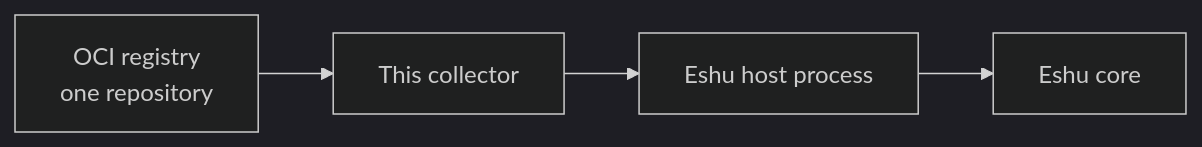
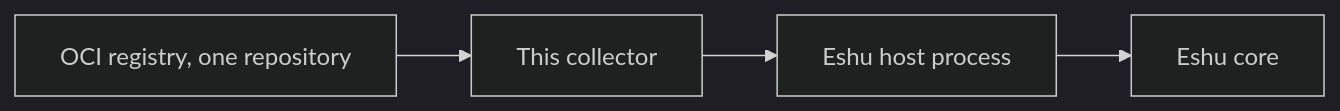
Before and after one commit to eshu-hq/eshu-collector-oci-registry: the diagram in README.md, drawn with Mermaid (dark theme). The commit also changed other lines of this file and 15 other files, not shown here.

````diff
--- a/README.md
+++ b/README.md
@@ -33,4 +14,4 @@
 ```mermaid
 flowchart LR
-  A["OCI registry<br/>one repository"] --> B["This collector"] --> C["Eshu host process"] --> D["Eshu core"]
+  A["OCI registry, one repository"] --> B["This collector"] --> C["Eshu host process"] --> D["Eshu core"]
 ```
````
